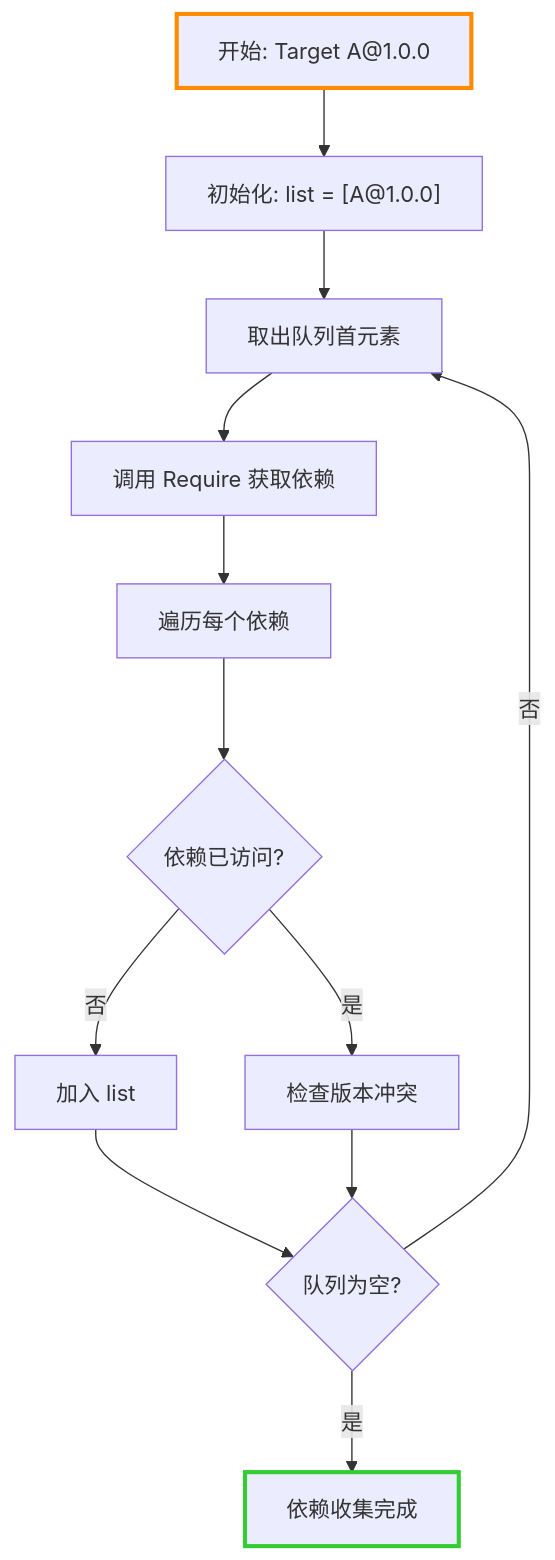
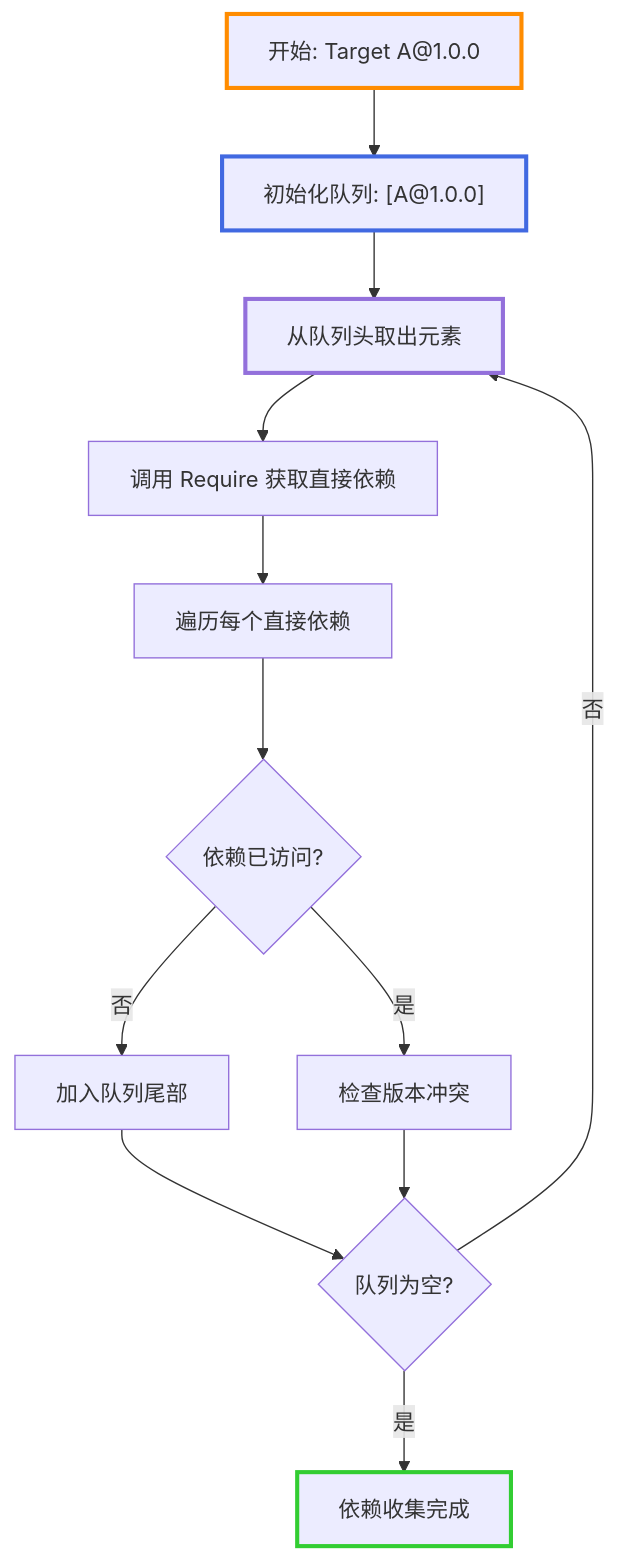
One commit to goplus/llar changed the fifth of 11 diagrams in docs/mvs-algorithm-design.md. Above: the diagram before and after it, drawn with Mermaid. The commit also changed other lines of this file, not shown here.

````diff
--- a/docs/mvs-algorithm-design.md
+++ b/docs/mvs-algorithm-design.md
@@ -279,17 +284,19 @@
 ```mermaid
 graph TD
-A["开始: Target A@1.0.0"] --> B["初始化: list = [A@1.0.0]"]
-B --> C["取出队列首元素"]
-C --> D["调用 Require 获取依赖"]
-D --> E["遍历每个依赖"]
+A["开始: Target A@1.0.0"] --> B["初始化队列: [A@1.0.0]"]
+B --> C["从队列头取出元素"]
+C --> D["调用 Require 获取直接依赖"]
+D --> E["遍历每个直接依赖"]
 E --> F{"依赖已访问?"}
-F -- "否" --> G["加入 list"]
+F -- "否" --> G["加入队列尾部"]
 F -- "是" --> H["检查版本冲突"]
 G --> I{"队列为空?"}
 H --> I
 I -- "否" --> C
 I -- "是" --> J["依赖收集完成"]
 
 style A stroke:#FF8C00,stroke-width:3px
+style B stroke:#4169E1,stroke-width:3px
+style C stroke:#9370DB,stroke-width:3px
 style J stroke:#32CD32,stroke-width:3px
 ```
````
